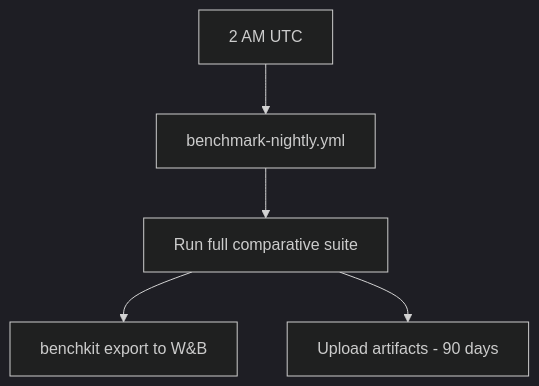
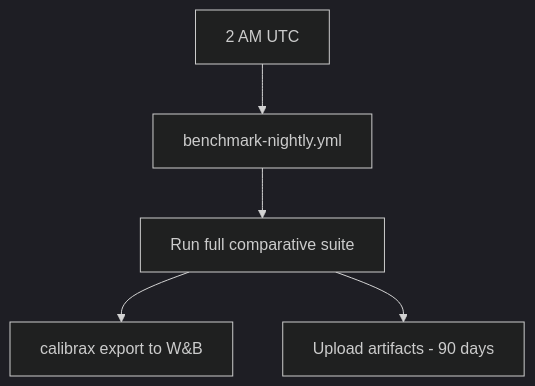
The third of 3 diagrams in docs/benchmarks/dashboard.md (avitai/datarax), drawn with Mermaid (dark theme) before and after one commit. The commit also changed other lines of this file and 223 other files, not shown here.

````diff
--- a/docs/benchmarks/dashboard.md
+++ b/docs/benchmarks/dashboard.md
@@ -263,7 +263,7 @@
 ```mermaid
 graph TD
     CRON[2 AM UTC] --> N[benchmark-nightly.yml]
     N --> FULL[Run full comparative suite]
-    FULL --> EX[benchkit export to W&B]
+    FULL --> EX[calibrax export to W&B]
     FULL --> ART[Upload artifacts - 90 days]
 ```
````
